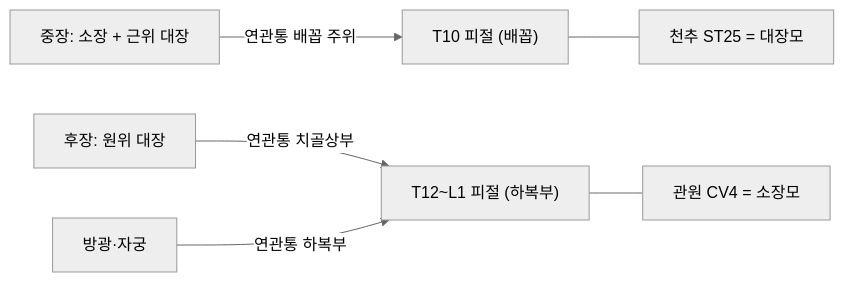
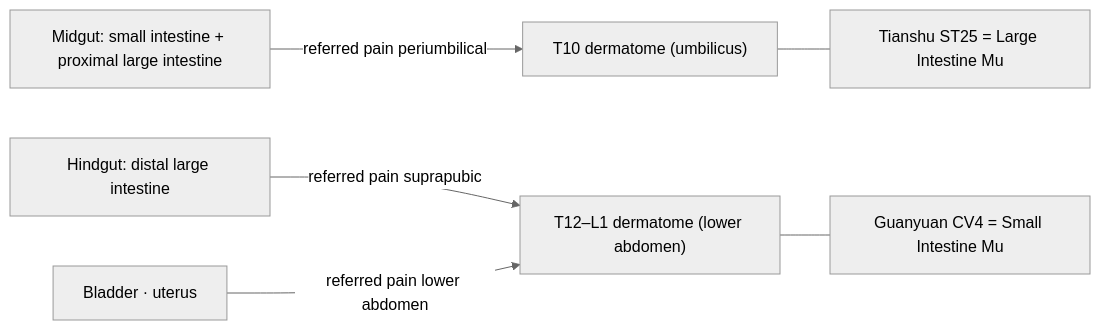
The second of 2 diagrams in 03_주제별_경혈고증_연구보고서/천추_관원_모혈분절_고증/천추_관원_모혈분절정합성_고증_보고서_en.md (jaehyokim-sketch/acupoint_anatomy), drawn with Mermaid (neutral theme) before and after one commit. The commit also changed other lines of this file and 199 other files, not shown here.

````diff
--- a/03_주제별_경혈고증_연구보고서/천추_관원_모혈분절_고증/천추_관원_모혈분절정합성_고증_보고서_en.md
+++ b/03_주제별_경혈고증_연구보고서/천추_관원_모혈분절_고증/천추_관원_모혈분절정합성_고증_보고서_en.md
@@ -144,8 +145,8 @@
 ```mermaid
 graph LR
-    T10["T10 피절 (배꼽)"] --- ST25["천추 ST25 = 대장모"]
-    T12["T12~L1 피절 (하복부)"] --- CV4["관원 CV4 = 소장모"]
-    MID["중장: 소장 + 근위 대장"] -->|연관통 배꼽 주위| T10
-    HIND["후장: 원위 대장"] -->|연관통 치골상부| T12
-    PELV["방광·자궁"] -->|연관통 하복부| T12
+    T10["T10 dermatome (umbilicus)"] --- ST25["Tianshu ST25 = Large Intestine Mu"]
+    T12["T12–L1 dermatome (lower abdomen)"] --- CV4["Guanyuan CV4 = Small Intestine Mu"]
+    MID["Midgut: small intestine + proximal large intestine"] -->|referred pain periumbilical| T10
+    HIND["Hindgut: distal large intestine"] -->|referred pain suprapubic| T12
+    PELV["Bladder · uterus"] -->|referred pain lower abdomen| T12
 ```
````
